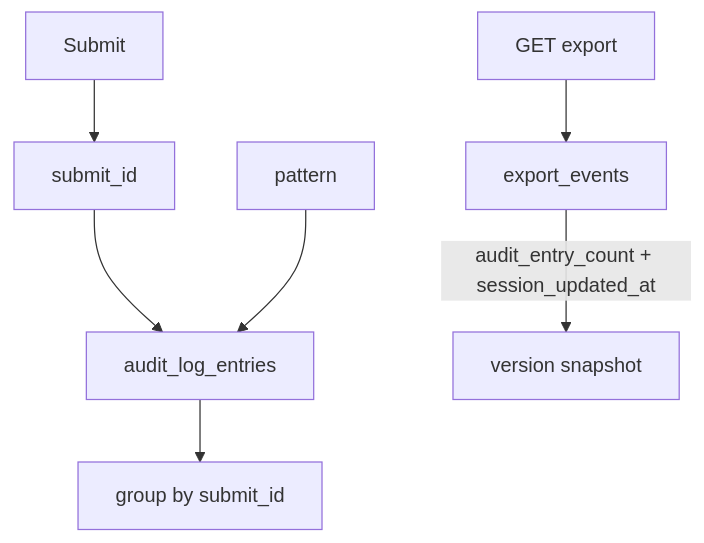
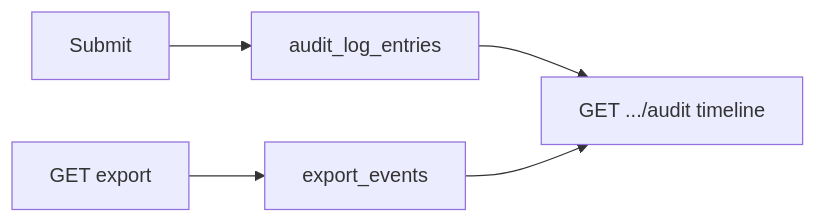
The fifth of 6 diagrams in docs/database-schema.md (EmmS21/keyestakehome), drawn with Mermaid before and after one commit. The commit also changed other lines of this file and 1 other file, not shown here.

First line of the commit message:
docs: document merged audit timeline API

````diff
--- a/docs/database-schema.md
+++ b/docs/database-schema.md
@@ -149,11 +149,10 @@
 ```mermaid
-flowchart TB
+flowchart LR
   AL[audit_log_entries]
   EX[export_events]
-  Submit --> SID[submit_id]
-  SID --> AL
-  AL --> SG[group by submit_id]
-  pattern --> AL
-  Download["GET export"] --> EX
-  EX -->|audit_entry_count + session_updated_at| Version[version snapshot]
+  Submit --> AL
+  GETexport["GET export"] --> EX
+  AL --> Timeline
+  EX --> Timeline
+  Timeline["GET .../audit timeline"]
 ```
````
